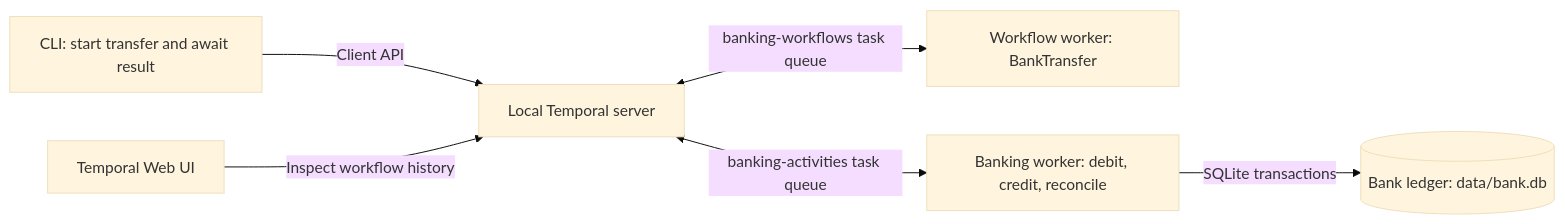
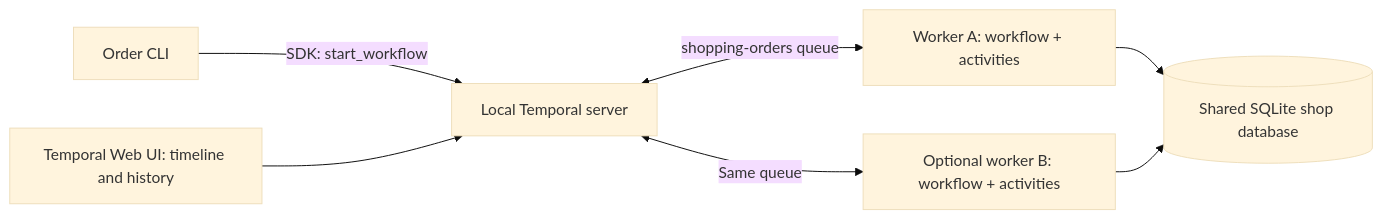
One commit to samimriaz/temporal_workflow changed the first of 3 diagrams in README.md. Above: the diagram before and after it, drawn with Mermaid (base theme). The commit also changed other lines of this file and 28 other files, not shown here.

First line of the commit message:
Replace banking demo with durable shopping workflows

````diff
--- a/README.md
+++ b/README.md
@@ -46,8 +35,9 @@
 ```mermaid
 flowchart LR
-    CLI["CLI: start transfer and await result"] -->|Client API| T["Local Temporal server"]
-    T <-->|"banking-workflows task queue"| W["Workflow worker: BankTransfer"]
-    T <-->|"banking-activities task queue"| A["Banking worker: debit, credit, reconcile"]
-    A -->|SQLite transactions| DB[("Bank ledger: data/bank.db")]
-    UI["Temporal Web UI"] -->|Inspect workflow history| T
+    C["Order CLI"] -->|"SDK: start_workflow"| T["Local Temporal server"]
+    T <-->|"shopping-orders queue"| A["Worker A: workflow + activities"]
+    T <-->|"Same queue"| B["Optional worker B: workflow + activities"]
+    A --> S[("Shared SQLite shop database")]
+    B --> S
+    U["Temporal Web UI: timeline and history"] --> T
 ```
````
